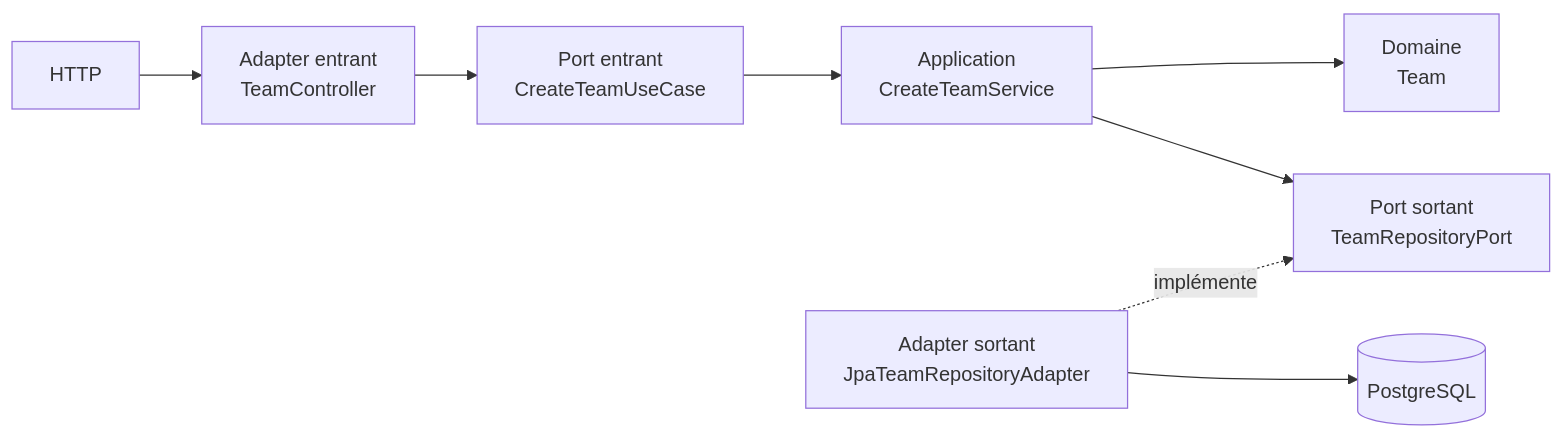
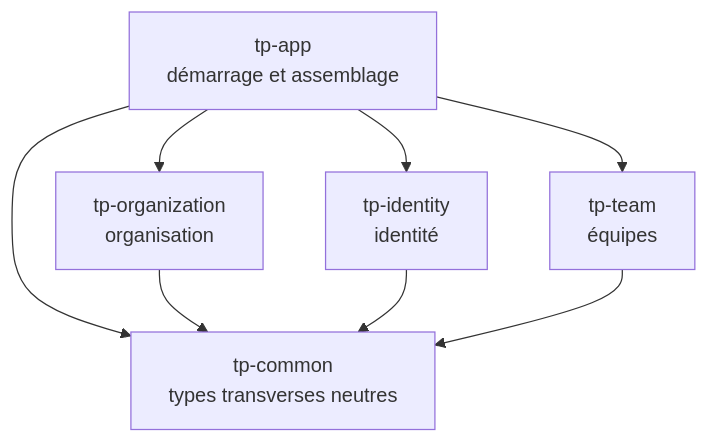
The fourth of 11 diagrams in slidev/pages/weeks/W001.md (amrine/from-dev-to-architect), drawn with Mermaid before and after one commit. The commit also changed other lines of this file and 3 other files, not shown here.

````diff
--- a/slidev/pages/weeks/W001.md
+++ b/slidev/pages/weeks/W001.md
@@ -2159,10 +259,15 @@
-```mermaid {scale: 0.62}
-flowchart LR
-  HTTP["HTTP"] --> WEB["Adapter entrant<br/>TeamController"]
-  WEB --> PIN["Port entrant<br/>CreateTeamUseCase"]
-  PIN --> APP["Application<br/>CreateTeamService"]
-  APP --> DOM["Domaine<br/>Team"]
-  APP --> POUT["Port sortant<br/>TeamRepositoryPort"]
-  JPA["Adapter sortant<br/>JpaTeamRepositoryAdapter"] -. implémente .-> POUT
-  JPA --> DB[("PostgreSQL")]
+```mermaid {scale: 0.72}
+flowchart TD
+  APP[tp-app<br/>démarrage et assemblage]
+  COM[tp-common<br/>types transverses neutres]
+  ORG[tp-organization<br/>organisation]
+  ID[tp-identity<br/>identité]
+  TEAM[tp-team<br/>équipes]
+  APP --> COM
+  APP --> ORG
+  APP --> ID
+  APP --> TEAM
+  ORG --> COM
+  ID --> COM
+  TEAM --> COM
 ```
````
